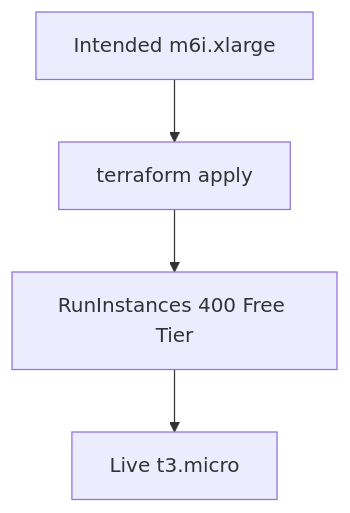
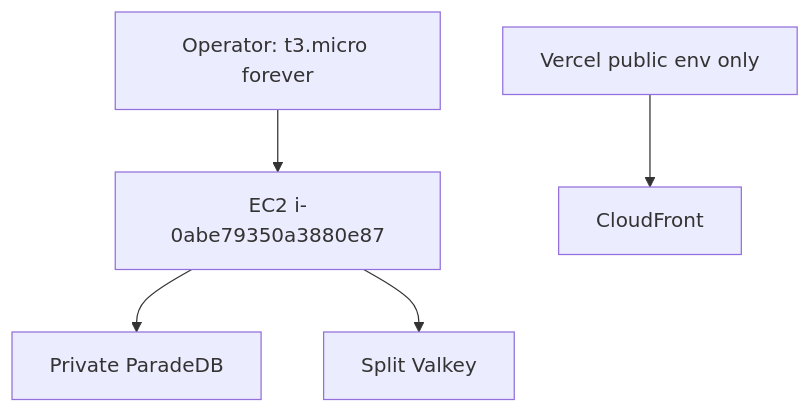
One commit to Nagdy8888/smart-rag changed the diagram in docs/adr/ADR-phase10-free-tier-ec2.md. Above: the diagram before and after it, drawn with Mermaid. The commit also changed other lines of this file and 245 other files, not shown here.

````diff
--- a/docs/adr/ADR-phase10-free-tier-ec2.md
+++ b/docs/adr/ADR-phase10-free-tier-ec2.md
@@ -24,8 +25,12 @@
 ```mermaid
 flowchart TD
-  intended["Intended m6i.xlarge"]
-  apply["terraform apply"]
-  reject["RunInstances 400 Free Tier"]
-  micro["Live t3.micro"]
-  intended --> apply --> reject --> micro
+  user["Operator: t3.micro forever"]
+  host["EC2 i-0abe79350a3880e87"]
+  pdb["Private ParadeDB"]
+  vk["Split Valkey"]
+  vercel["Vercel public env only"]
+  user --> host
+  host --> pdb
+  host --> vk
+  vercel --> cf["CloudFront"]
 ```
````
